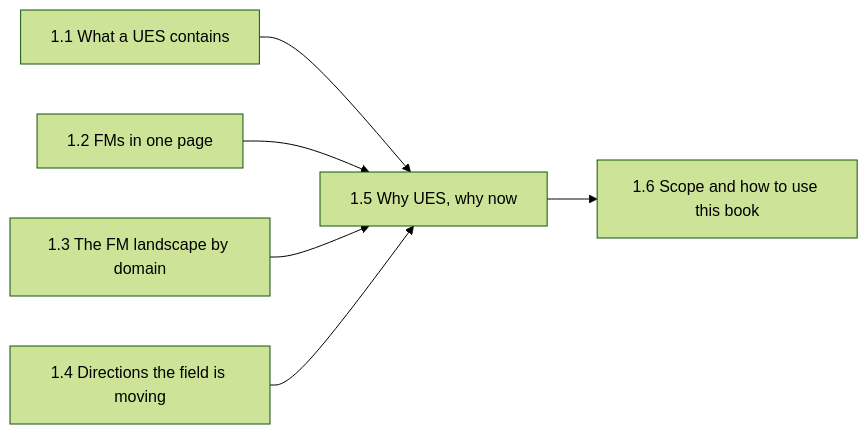
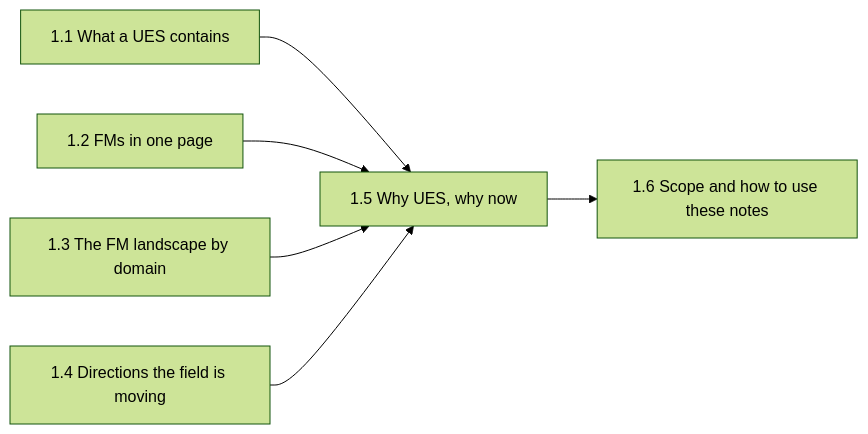
Before and after one commit to BartonChenTW/FM4UES: the diagram in chapter-1-background/index.md, drawn with Mermaid (forest theme). The commit also changed other lines of this file and 48 other files, not shown here.

````diff
--- a/chapter-1-background/index.md
+++ b/chapter-1-background/index.md
@@ -17,8 +17,8 @@
 ```mermaid
 flowchart LR
     A["1.1 What a UES contains"] --> E["1.5 Why UES, why now"]
     B["1.2 FMs in one page"] --> E
     C["1.3 The FM landscape by domain"] --> E
     D["1.4 Directions the field is moving"] --> E
-    E --> F["1.6 Scope and how to use this book"]
+    E --> F["1.6 Scope and how to use these notes"]
 ```
````
